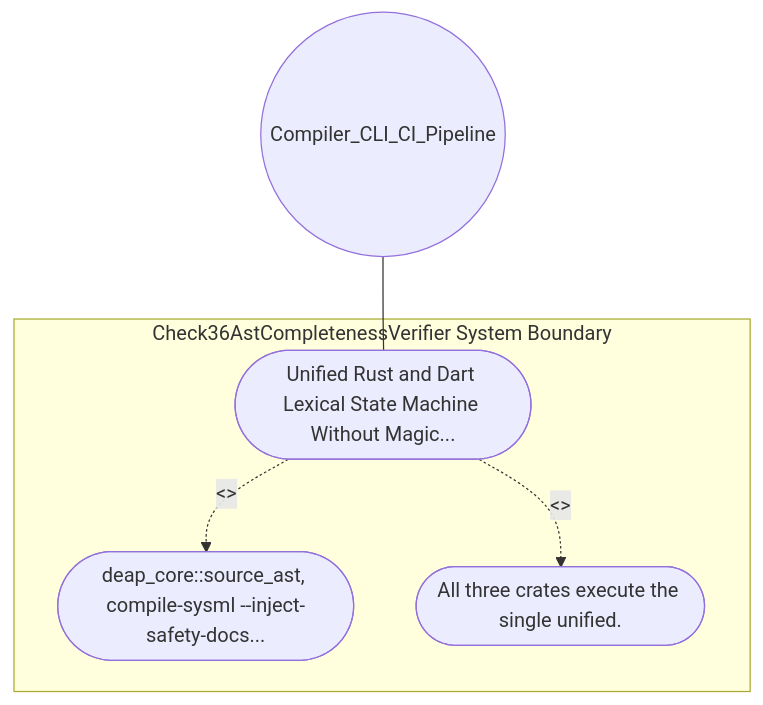
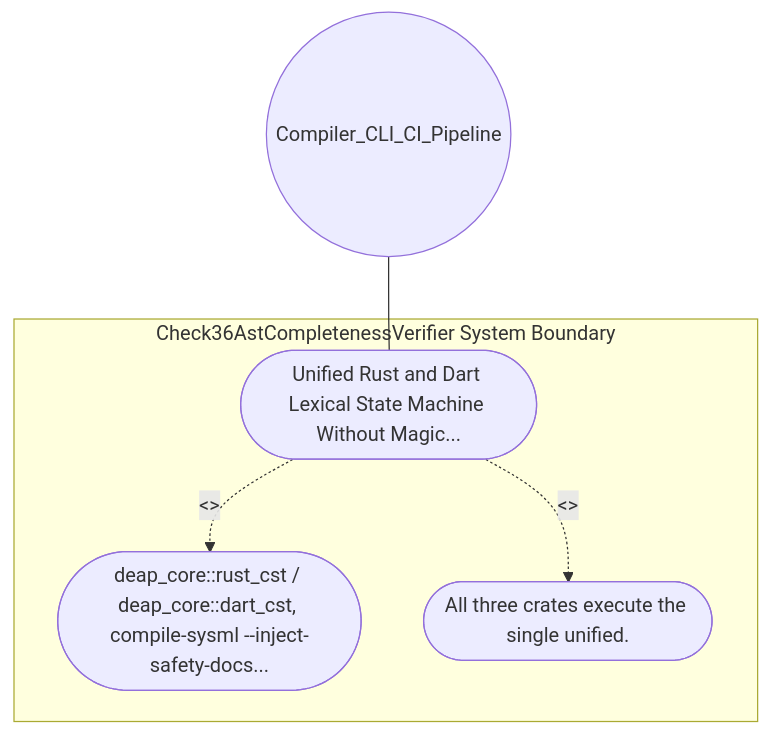
One commit to gintatkinson/DEAP01-spec-core changed the diagram in .pipeline/upstream/docs/use-cases/UC-21-Unified_Rust_and_Dart_Lexical_State_Machine_Without_Magic_Offsets.md. Above: the diagram before and after it, drawn with Mermaid. The commit also changed other lines of this file and 196 other files, not shown here.

````diff
--- a/.pipeline/upstream/docs/use-cases/UC-21-Unified_Rust_and_Dart_Lexical_State_Machine_Without_Magic_Offsets.md
+++ b/.pipeline/upstream/docs/use-cases/UC-21-Unified_Rust_and_Dart_Lexical_State_Machine_Without_Magic_Offsets.md
@@ -16,11 +16,11 @@
 ```mermaid
 graph TD
     subgraph "Check36AstCompletenessVerifier System Boundary"
         UC_Main(["Unified Rust and Dart Lexical State Machine Without Magic..."])
-        UC_Step01(["deap_core::source_ast, compile-sysml --inject-safety-docs..."])
+        UC_Step01(["deap_core::rust_cst / deap_core::dart_cst, compile-sysml --inject-safety-docs..."])
         UC_Step02(["All three crates execute the single unified."])
     end
     Compiler_CLI_CI_Pipeline(("Compiler_CLI_CI_Pipeline")) --- UC_Main
     UC_Main -. "<<include>>" .-> UC_Step01
     UC_Main -. "<<include>>" .-> UC_Step02
 ```
````
